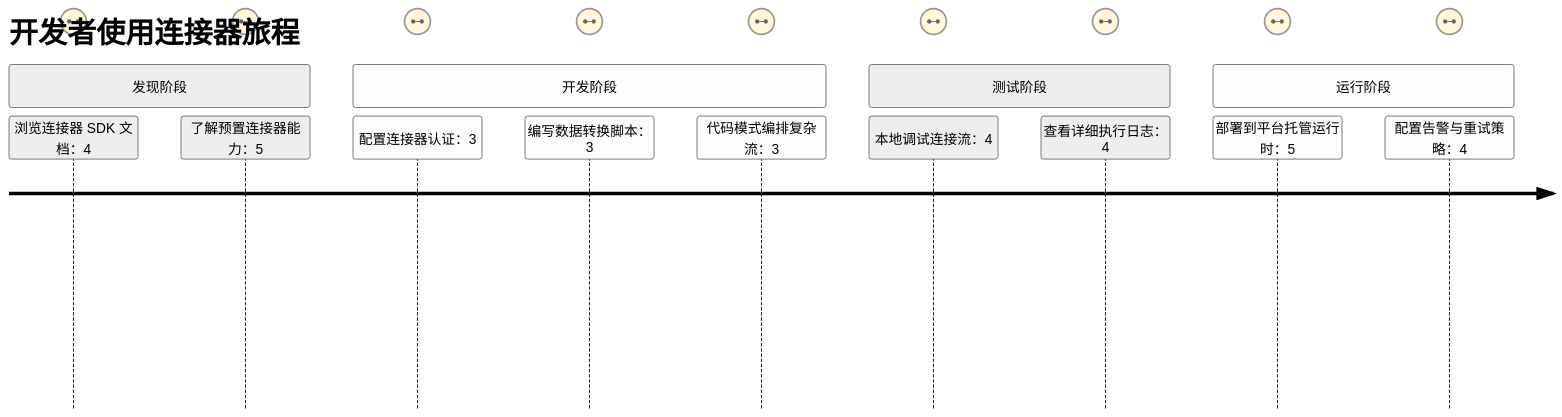
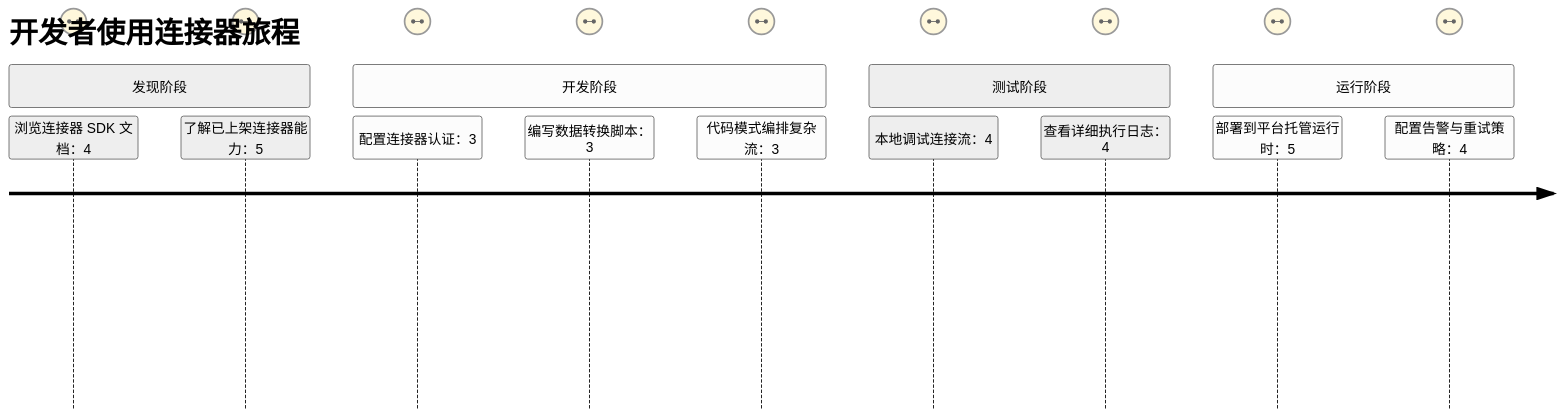
Before and after one commit to THZSummer/open-app: the ninth of 13 diagrams in .sddu/specs-tree-root/specs-tree-connector-platform/discovery-report.md, drawn with Mermaid (neutral theme). The commit also changed other lines of this file, not shown here.

````diff
--- a/.sddu/specs-tree-root/specs-tree-connector-platform/discovery-report.md
+++ b/.sddu/specs-tree-root/specs-tree-connector-platform/discovery-report.md
@@ -333,17 +332,17 @@
 ```mermaid
 journey
     title 开发者使用连接器旅程
     section 发现阶段
       浏览连接器 SDK 文档：4: 开发者
-      了解预置连接器能力：5: 开发者
+      了解已上架连接器能力：5: 三方平台人员
     section 开发阶段
       配置连接器认证：3: 开发者
       编写数据转换脚本：3: 开发者
       代码模式编排复杂流：3: 开发者
     section 测试阶段
       本地调试连接流：4: 开发者
       查看详细执行日志：4: 开发者
     section 运行阶段
       部署到平台托管运行时：5: 开发者
       配置告警与重试策略：4: 开发者
 ```
````
